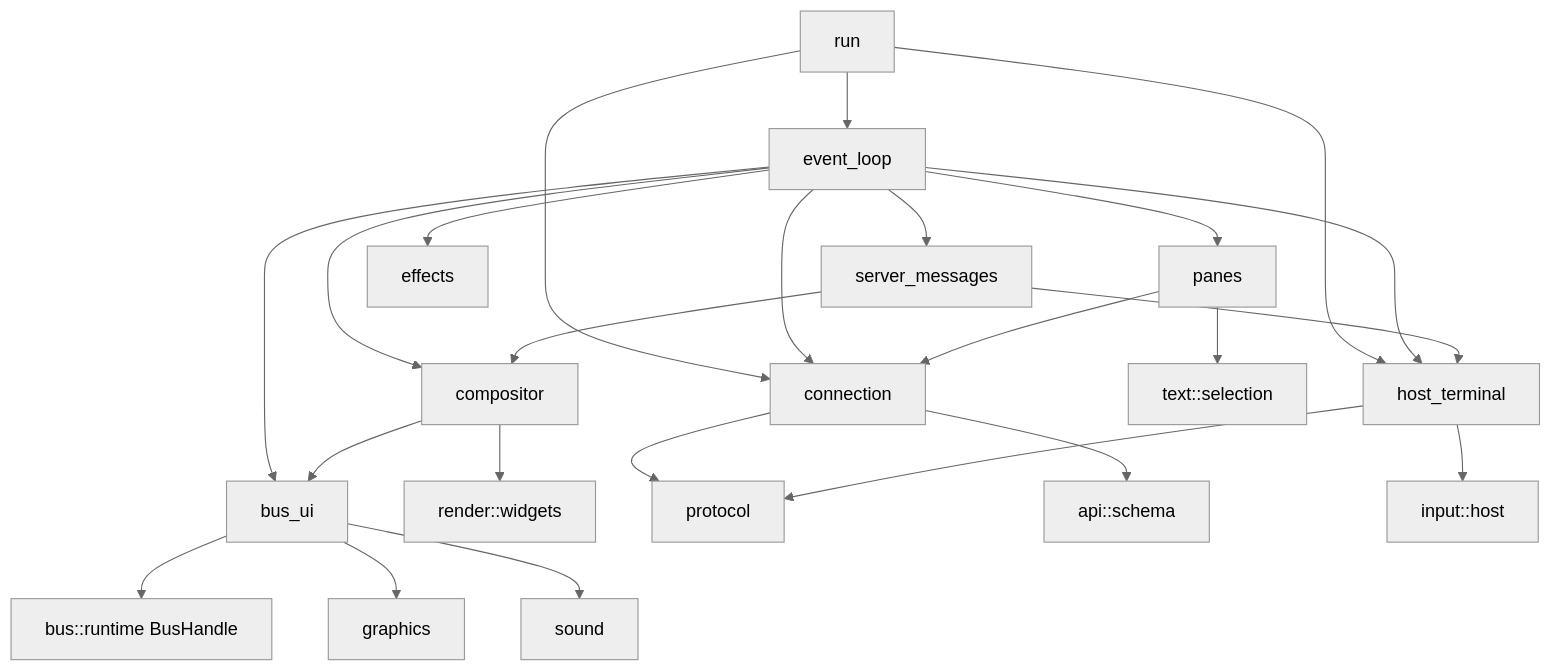
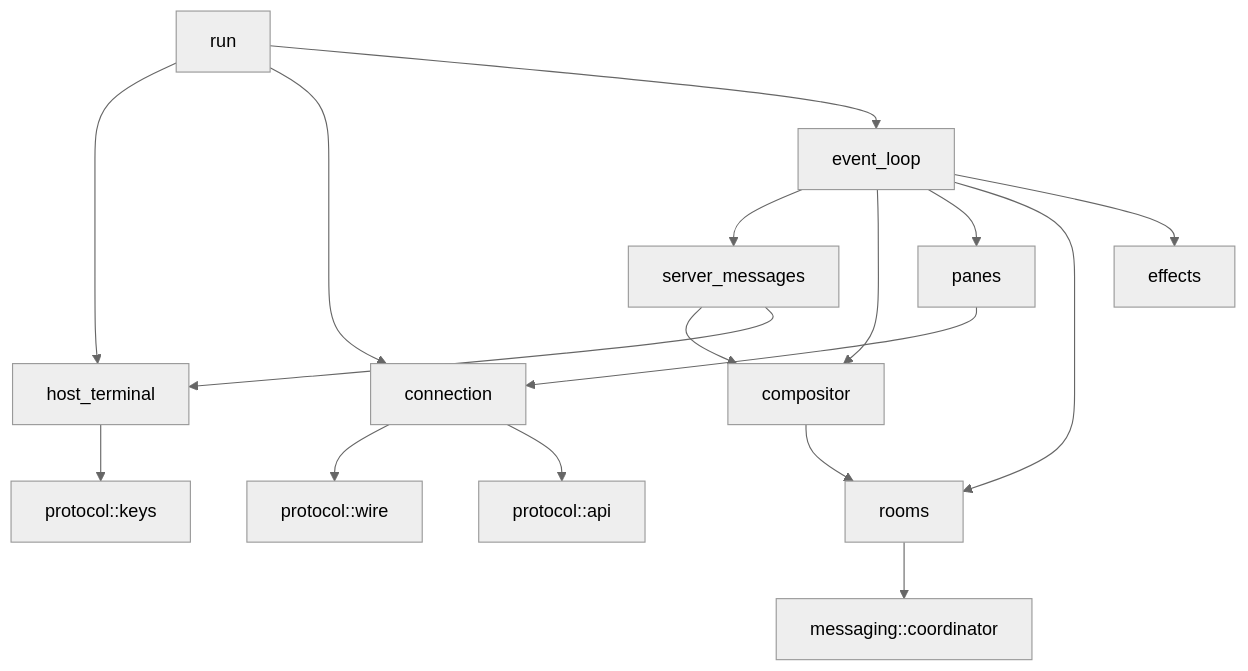
One commit to asura1234/bus changed the third of 4 diagrams in docs/bus-architecture.md. Above: the diagram before and after it, drawn with Mermaid (neutral theme). The commit also changed other lines of this file, not shown here.

Commit message:
docs: restructure bus around nine src components and markdown orchestration

````diff
--- a/docs/bus-architecture.md
+++ b/docs/bus-architecture.md
@@ -234,11 +234,11 @@
 ```mermaid
 flowchart TD
   run --> host_terminal & connection & event_loop
-  event_loop --> server_messages & compositor & panes & bus_ui & host_terminal & connection & effects
+  event_loop --> server_messages & compositor & panes & rooms & effects
   server_messages --> compositor & host_terminal
-  compositor --> bus_ui & render_widgets[render::widgets]
-  panes --> connection & text[text::selection]
-  bus_ui --> bus_runtime[bus::runtime BusHandle] & graphics & sound
-  connection --> protocol & api_schema[api::schema]
-  host_terminal --> input_host[input::host] & protocol
+  compositor --> rooms
+  panes --> connection
+  rooms --> coordinator[messaging::coordinator]
+  connection --> wire[protocol::wire] & api[protocol::api]
+  host_terminal --> keys[protocol::keys]
 ```
````
